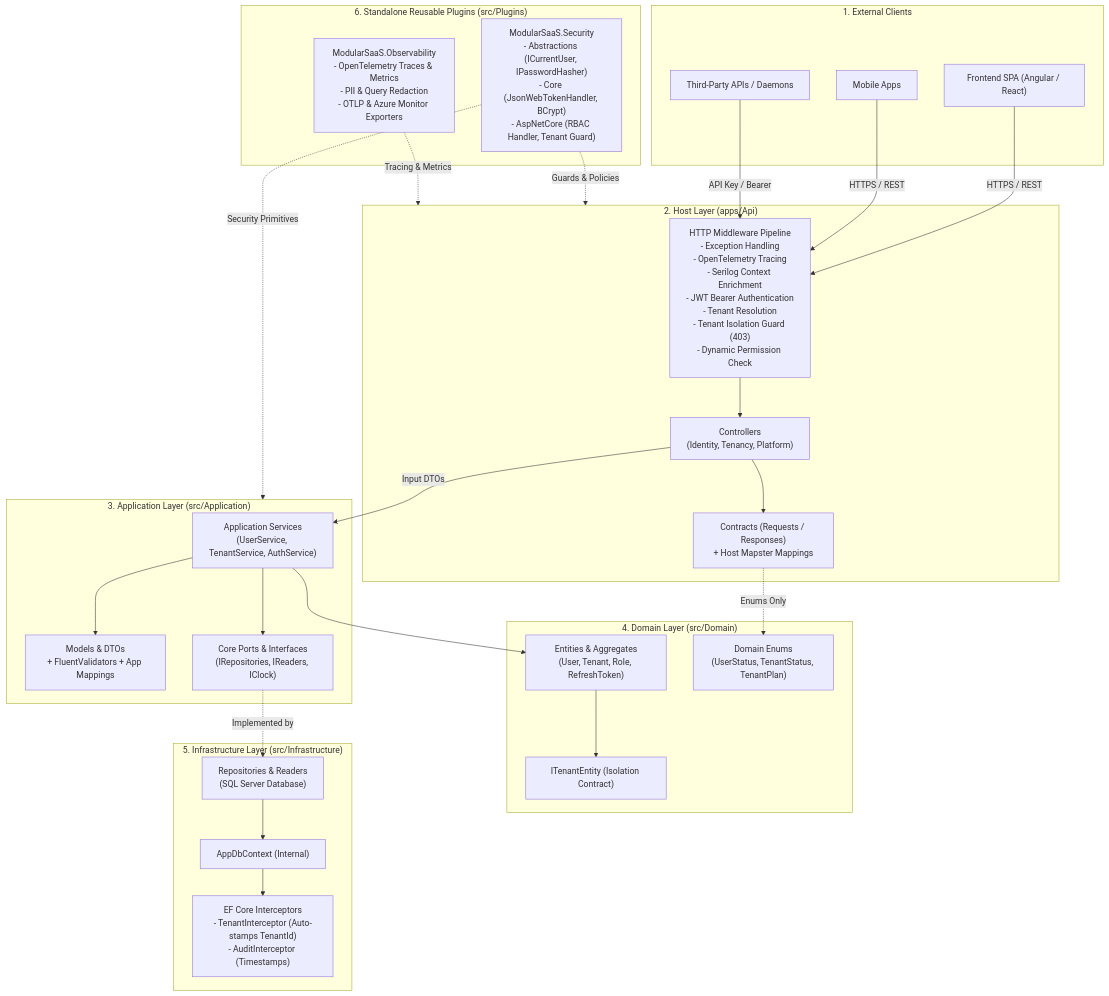
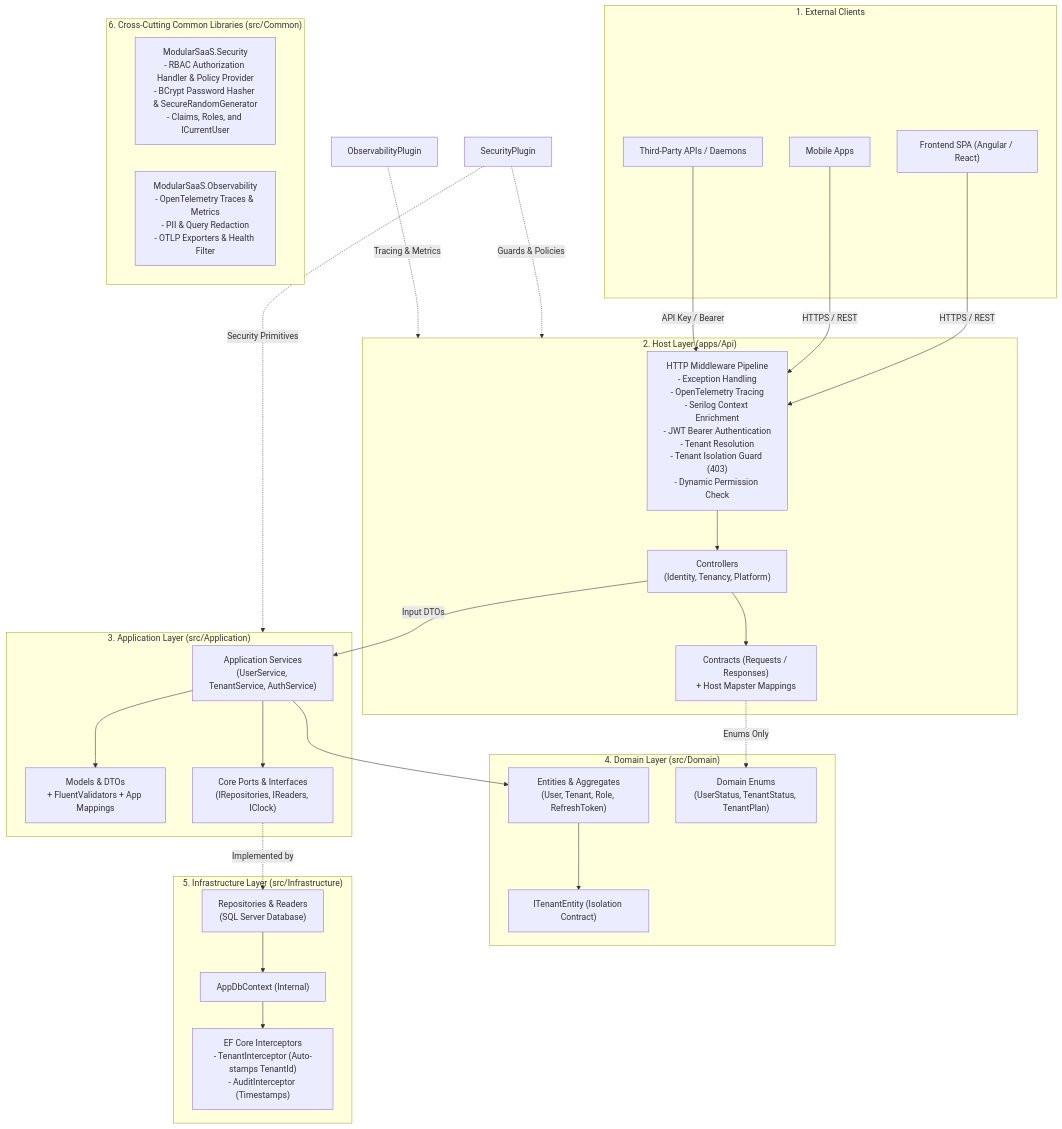
Before and after one commit to AAQSOLS/Architectures: the first of 6 diagrams in ModularSaaS/ARCHITECTURE_OVERVIEW.md, drawn with Mermaid. The commit also changed other lines of this file and 92 other files, not shown here.

First line of the commit message:
refactor(security): consolidate security and observability into src/Common building blocks

````diff
--- a/ModularSaaS/ARCHITECTURE_OVERVIEW.md
+++ b/ModularSaaS/ARCHITECTURE_OVERVIEW.md
@@ -11,60 +11,60 @@
 ```mermaid
 flowchart TD
     subgraph ClientZone["1. External Clients"]
         SPA["Frontend SPA (Angular / React)"]
         Mobile["Mobile Apps"]
         External["Third-Party APIs / Daemons"]
     end
 
     subgraph HostLayer["2. Host Layer (apps/Api)"]
         MiddlewarePipe["HTTP Middleware Pipeline<br/>- Exception Handling<br/>- OpenTelemetry Tracing<br/>- Serilog Context Enrichment<br/>- JWT Bearer Authentication<br/>- Tenant Resolution<br/>- Tenant Isolation Guard (403)<br/>- Dynamic Permission Check"]
         Controllers["Controllers<br/>(Identity, Tenancy, Platform)"]
         HostContracts["Contracts (Requests / Responses)<br/>+ Host Mapster Mappings"]
     end
 
     subgraph AppLayer["3. Application Layer (src/Application)"]
         Services["Application Services<br/>(UserService, TenantService, AuthService)"]
         AppModels["Models & DTOs<br/>+ FluentValidators + App Mappings"]
         AppAbstractions["Core Ports & Interfaces<br/>(IRepositories, IReaders, IClock)"]
     end
 
     subgraph DomainLayer["4. Domain Layer (src/Domain)"]
         Entities["Entities & Aggregates<br/>(User, Tenant, Role, RefreshToken)"]
         DomainEnums["Domain Enums<br/>(UserStatus, TenantStatus, TenantPlan)"]
         TenantMarker["ITenantEntity (Isolation Contract)"]
     end
 
     subgraph InfraLayer["5. Infrastructure Layer (src/Infrastructure)"]
         DbContext["AppDbContext (Internal)"]
         Interceptors["EF Core Interceptors<br/>- TenantInterceptor (Auto-stamps TenantId)<br/>- AuditInterceptor (Timestamps)"]
         DataStores["Repositories & Readers<br/>(SQL Server Database)"]
     end
 
-    subgraph Plugins["6. Standalone Reusable Plugins (src/Plugins)"]
-        SecurityPlugin["ModularSaaS.Security<br/>- Abstractions (ICurrentUser, IPasswordHasher)<br/>- Core (JsonWebTokenHandler, BCrypt)<br/>- AspNetCore (RBAC Handler, Tenant Guard)"]
-        ObservabilityPlugin["ModularSaaS.Observability<br/>- OpenTelemetry Traces & Metrics<br/>- PII & Query Redaction<br/>- OTLP & Azure Monitor Exporters"]
+    subgraph Common["6. Cross-Cutting Common Libraries (src/Common)"]
+        SecurityLib["ModularSaaS.Security<br/>- RBAC Authorization Handler & Policy Provider<br/>- BCrypt Password Hasher & SecureRandomGenerator<br/>- Claims, Roles, and ICurrentUser"]
+        ObservabilityLib["ModularSaaS.Observability<br/>- OpenTelemetry Traces & Metrics<br/>- PII & Query Redaction<br/>- OTLP Exporters & Health Filter"]
     end
 
     %% Flow Connections
     SPA -->|HTTPS / REST| MiddlewarePipe
     Mobile -->|HTTPS / REST| MiddlewarePipe
     External -->|API Key / Bearer| MiddlewarePipe
     MiddlewarePipe --> Controllers
     Controllers --> HostContracts
 
     Controllers -->|Input DTOs| Services
     Services --> AppModels
     Services --> AppAbstractions
 
     Services --> Entities
     Entities --> TenantMarker
     HostContracts -.->|Enums Only| DomainEnums
 
     AppAbstractions -.->|Implemented by| DataStores
     DataStores --> DbContext
     DbContext --> Interceptors
 
     SecurityPlugin -.->|Security Primitives| AppLayer
     SecurityPlugin -.->|Guards & Policies| HostLayer
     ObservabilityPlugin -.->|Tracing & Metrics| HostLayer
 ```
````
